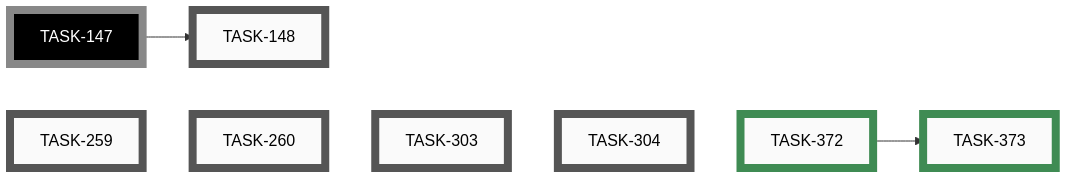
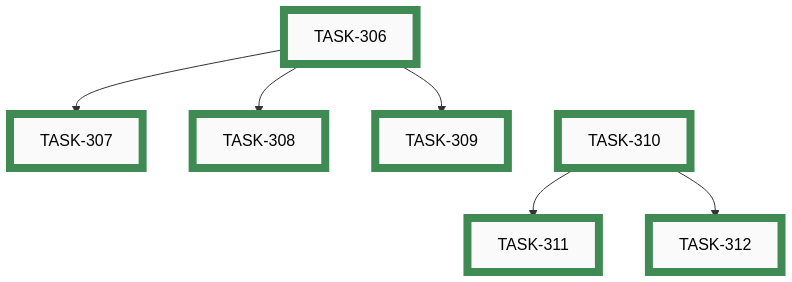
One commit to tgd1975/AwesomeGuitarPedal changed the fifth of 13 diagrams in docs/developers/tasks/EPICS.md. Above: the diagram before and after it, drawn with Mermaid. The commit also changed other lines of this file and 438 other files, not shown here.

````diff
--- a/docs/developers/tasks/EPICS.md
+++ b/docs/developers/tasks/EPICS.md
@@ -160,29 +167,31 @@
 ```mermaid
-graph LR
-    TASK_148["TASK-148"]:::open
-    TASK_259["TASK-259"]:::open
-    TASK_260["TASK-260"]:::open
-    TASK_303["TASK-303"]:::open
-    TASK_304["TASK-304"]:::open
-    TASK_372["TASK-372"]:::closed
-    TASK_373["TASK-373"]:::closed
-    TASK_147["TASK-147"]:::openExt
-    TASK_147 --> TASK_148
-    TASK_372 --> TASK_373
-    TASK_259 ~~~ TASK_260 ~~~ TASK_303 ~~~ TASK_304 ~~~ TASK_372
-    click TASK_148 "open/task-148-reorganise-developer-documentation.md"
-    click TASK_259 "open/task-259-android-app-test-protocol.md"
-    click TASK_260 "open/task-260-unify-version-numbers-across-deliverables.md"
-    click TASK_303 "open/task-303-simulator-boots-with-demo-loaded.md"
-    click TASK_304 "open/task-304-simulator-button-no-hover-reaction.md"
-    click TASK_372 "closed/task-372-configure-codeql-paths-ignore-for-vendored-deps.md"
-    click TASK_373 "closed/task-373-fix-cpp-comparison-with-wider-type-in-config-loader.md"
+graph TD
+    TASK_306["TASK-306"]:::closed
+    TASK_307["TASK-307"]:::closed
+    TASK_308["TASK-308"]:::closed
+    TASK_309["TASK-309"]:::closed
+    TASK_310["TASK-310"]:::closed
+    TASK_311["TASK-311"]:::closed
+    TASK_312["TASK-312"]:::closed
+    TASK_306 --> TASK_307
+    TASK_306 --> TASK_308
+    TASK_306 --> TASK_309
+    TASK_310 --> TASK_311
+    TASK_310 --> TASK_312
+    TASK_306 ~~~ TASK_310
+    click TASK_306 "closed/task-306-profile-independent-actions-firmware.md"
+    click TASK_307 "closed/task-307-profile-independent-actions-simulator.md"
+    click TASK_308 "closed/task-308-profile-independent-actions-config-builder.md"
+    click TASK_309 "closed/task-309-profile-independent-actions-flutter-app.md"
+    click TASK_310 "closed/task-310-configurable-ble-device-name-firmware.md"
+    click TASK_311 "closed/task-311-configurable-ble-device-name-config-builder.md"
+    click TASK_312 "closed/task-312-configurable-ble-device-name-flutter-app.md"
     classDef open    fill:#FAFAFA,stroke:#555,stroke-width:8px,color:#000
     classDef active  fill:#FAFAFA,stroke:#1A6FA8,stroke-width:8px,color:#000
     classDef closed  fill:#FAFAFA,stroke:#3F8B53,stroke-width:8px,color:#000
     classDef paused  fill:#FAFAFA,stroke:#B07810,stroke-width:8px,color:#000
     classDef openExt    fill:#000,stroke:#888,stroke-width:8px,color:#FFF
     classDef activeExt  fill:#000,stroke:#3FA9F5,stroke-width:8px,color:#FFF
     classDef closedExt  fill:#000,stroke:#7CC68A,stroke-width:8px,color:#FFF
     classDef pausedExt  fill:#000,stroke:#F0B030,stroke-width:8px,color:#FFF
 ```
````
